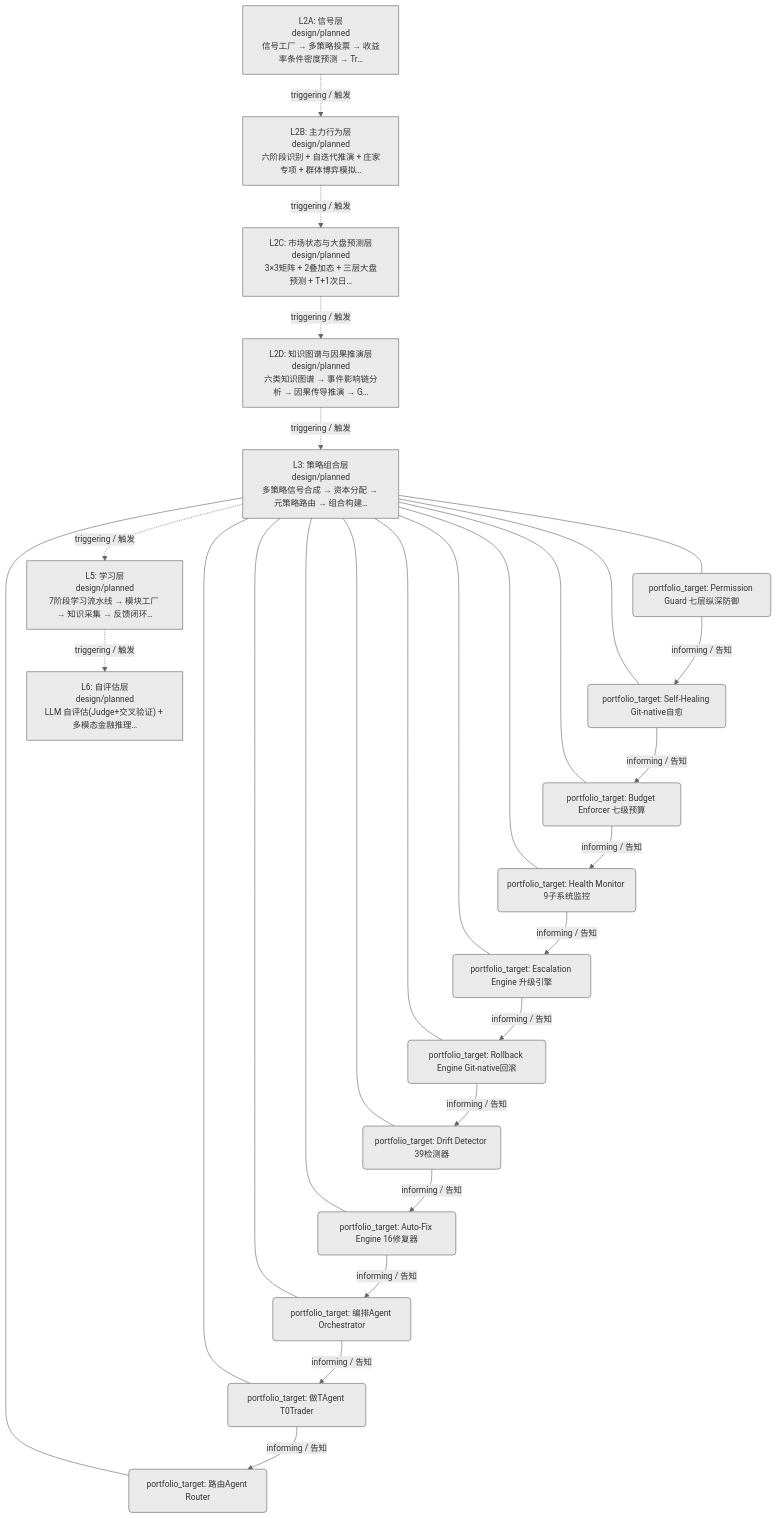
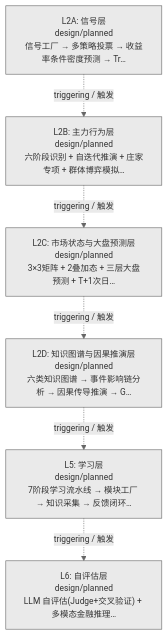
Before and after one commit to xuanFelixVan/ZephyrAlpha: the first of 2 diagrams in docs/02_enterprise_architecture/06_decision_architecture/13_decision_l3_aut_core.md, drawn with Mermaid. The commit also changed other lines of this file and 36 other files, not shown here.

First line of the commit message:
docs(arch): 三图入口索引加大白话解释 + 数据流生成器命名治本

````diff
--- a/docs/02_enterprise_architecture/06_decision_architecture/13_decision_l3_aut_core.md
+++ b/docs/02_enterprise_architecture/06_decision_architecture/13_decision_l3_aut_core.md
@@ -23,49 +23,15 @@
 ```mermaid
 %%{init: {'theme': 'base', 'themeVariables': {'primaryColor': '#eaeaea', 'primaryTextColor': '#333333', 'primaryBorderColor': '#666666', 'lineColor': '#666666', 'secondaryColor': '#eaeaea', 'tertiaryColor': '#eaeaea', 'fontSize': '14px'}}}%%
 flowchart TD
     LL2A["L2A: 信号层<br/>design/planned<br/>信号工厂 → 多策略投票 → 收益率条件密度预测 → Tr…"]
     LL2B["L2B: 主力行为层<br/>design/planned<br/>六阶段识别 + 自迭代推演 + 庄家专项 + 群体博弈模拟…"]
     LL2C["L2C: 市场状态与大盘预测层<br/>design/planned<br/>3×3矩阵 + 2叠加态 + 三层大盘预测 + T+1次日…"]
     LL2D["L2D: 知识图谱与因果推演层<br/>design/planned<br/>六类知识图谱 → 事件影响链分析 → 因果传导推演 → G…"]
-    LL3["L3: 策略组合层<br/>design/planned<br/>多策略信号合成 → 资本分配 → 元策略路由 → 组合构建…"]
-    N113("portfolio_target: Permission Guard 七层纵深防御")
-    LL3 --- N113
-    N115("portfolio_target: Self-Healing Git-native自愈")
-    LL3 --- N115
-    N116("portfolio_target: Budget Enforcer 七级预算")
-    LL3 --- N116
-    N117("portfolio_target: Health Monitor 9子系统监控")
-    LL3 --- N117
-    N118("portfolio_target: Escalation Engine 升级引擎")
-    LL3 --- N118
-    N119("portfolio_target: Rollback Engine Git-native回滚")
-    LL3 --- N119
-    N120("portfolio_target: Drift Detector 39检测器")
-    LL3 --- N120
-    N121("portfolio_target: Auto-Fix Engine 16修复器")
-    LL3 --- N121
-    N133("portfolio_target: 编排Agent Orchestrator")
-    LL3 --- N133
-    N135("portfolio_target: 做TAgent T0Trader")
-    LL3 --- N135
-    N136("portfolio_target: 路由Agent Router")
-    LL3 --- N136
     LL5["L5: 学习层<br/>design/planned<br/>7阶段学习流水线 → 模块工厂 → 知识采集 → 反馈闭环…"]
     LL6["L6: 自评估层<br/>design/planned<br/>LLM 自评估(Judge+交叉验证) + 多模态金融推理…"]
     LL2A -.->|triggering / 触发| LL2B
     LL2B -.->|triggering / 触发| LL2C
     LL2C -.->|triggering / 触发| LL2D
-    LL2D -.->|triggering / 触发| LL3
-    LL3 -.->|triggering / 触发| LL5
+    LL2D -.->|triggering / 触发| LL5
     LL5 -.->|triggering / 触发| LL6
-    N113 -->|informing / 告知| N115
-    N115 -->|informing / 告知| N116
-    N116 -->|informing / 告知| N117
-    N117 -->|informing / 告知| N118
-    N118 -->|informing / 告知| N119
-    N119 -->|informing / 告知| N120
-    N120 -->|informing / 告知| N121
-    N121 -->|informing / 告知| N133
-    N133 -->|informing / 告知| N135
-    N135 -->|informing / 告知| N136
 ```
````
